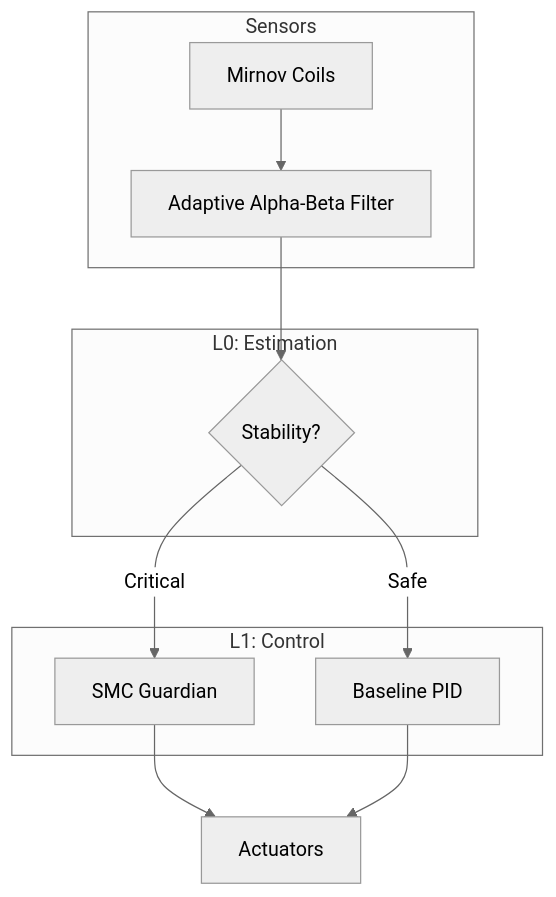
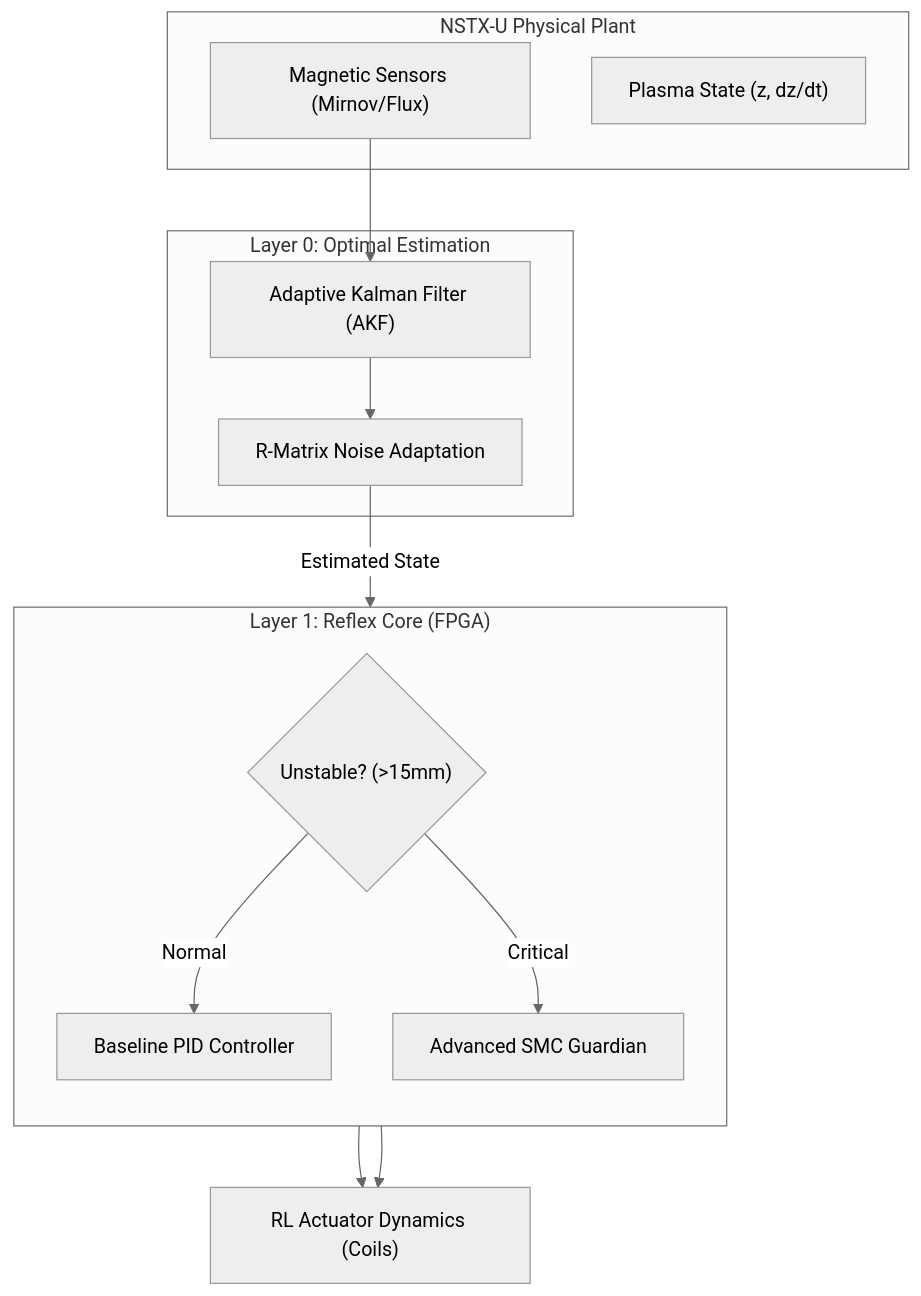
One commit to Akirabrs/AION-CORE-SOURCE-PRIVATE changed the diagram in README.md. Above: the diagram before and after it, drawn with Mermaid (neutral theme). The commit also changed other lines of this file, not shown here.

````diff
--- a/README.md
+++ b/README.md
@@ -13,16 +12,28 @@
 ```mermaid
 graph TD
-    subgraph Sensors
-        M[Mirnov Coils] --> Filter
+    subgraph Plant ["NSTX-U Physical Plant"]
+        S["Magnetic Sensors (Mirnov/Flux)"]
+        P["Plasma State (z, dz/dt)"]
     end
-    subgraph Layer0 [L0: Estimation]
-        Filter[Adaptive Alpha-Beta Filter] --> Logic
+
+    subgraph L0 ["Layer 0: Optimal Estimation"]
+        AKF["Adaptive Kalman Filter (AKF)"]
+        Noise["R-Matrix Noise Adaptation"]
     end
-    subgraph Layer1 [L1: Control]
-        Logic{Stability?} -->|Safe| PID[Baseline PID]
-        Logic -->|Critical| SMC[SMC Guardian]
+
+    subgraph L1 ["Layer 1: Reflex Core (FPGA)"]
+        direction TB
+        PID["Baseline PID Controller"]
+        SMC["Advanced SMC Guardian"]
+        Mux{"Unstable? (>15mm)"}
     end
+
+    S --> AKF
+    AKF --> Noise
+    Noise -->|Estimated State| Mux
+    Mux -->|Normal| PID
+    Mux -->|Critical| SMC
+    PID --> Actuators["RL Actuator Dynamics (Coils)"]
     SMC --> Actuators
-    PID --> Actuators
 
 ```
````
